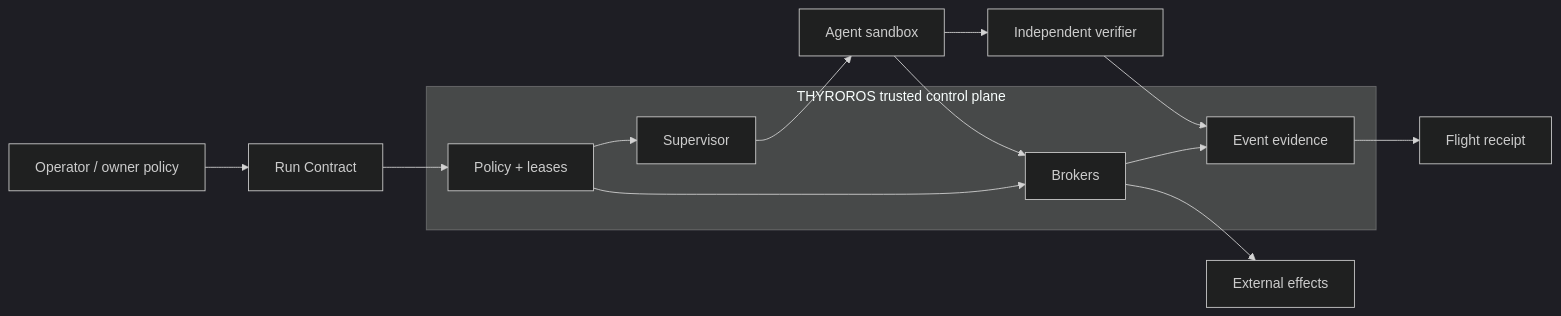
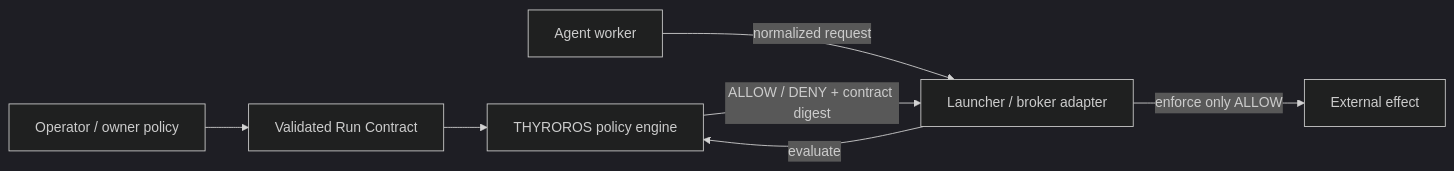
Before and after one commit to urotsuki-san/THYROROS: the diagram in README.md, drawn with Mermaid (dark theme). The commit also changed other lines of this file and 49 other files, not shown here.

First line of the commit message:
feat: deliver public contract policy engine

````diff
--- a/README.md
+++ b/README.md
@@ -132,26 +228,15 @@
 ```mermaid
 flowchart LR
     U[Operator / owner policy]
-    C[Run Contract]
-
-    subgraph T[THYROROS trusted control plane]
-      P[Policy + leases]
-      S[Supervisor]
-      B[Brokers]
-      L[Event evidence]
-    end
-
-    A[Agent sandbox]
-    V[Independent verifier]
-    R[Flight receipt]
-    E[External effects]
+    C[Validated Run Contract]
+    P[THYROROS policy engine]
+    A[Launcher / broker adapter]
+    W[Agent worker]
+    E[External effect]
 
     U --> C --> P
-    P --> S --> A
-    P --> B
-    A --> B --> E
-    A --> V
-    B --> L
-    V --> L
-    L --> R
+    W -->|normalized request| A
+    A -->|evaluate| P
+    P -->|ALLOW / DENY + contract digest| A
+    A -->|enforce only ALLOW| E
 ```
````
